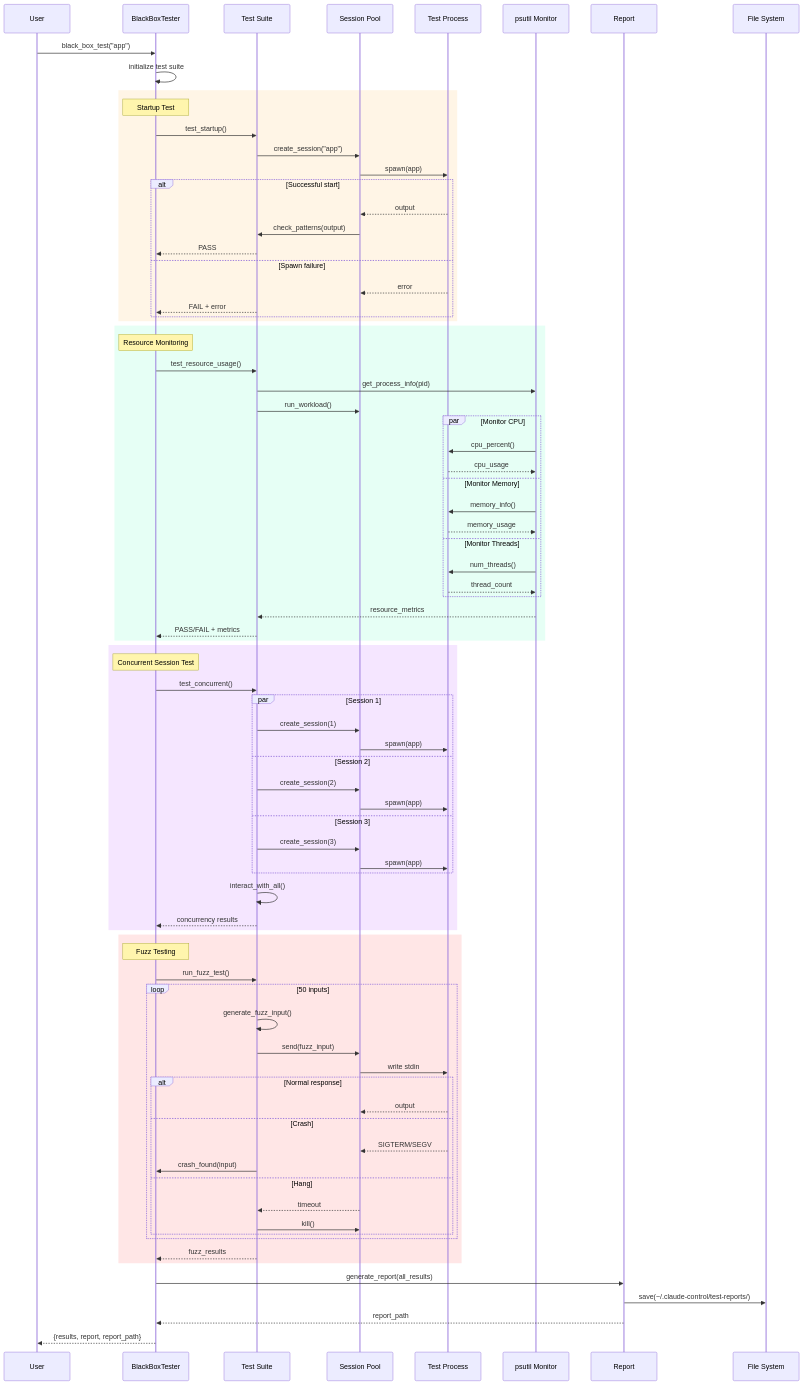
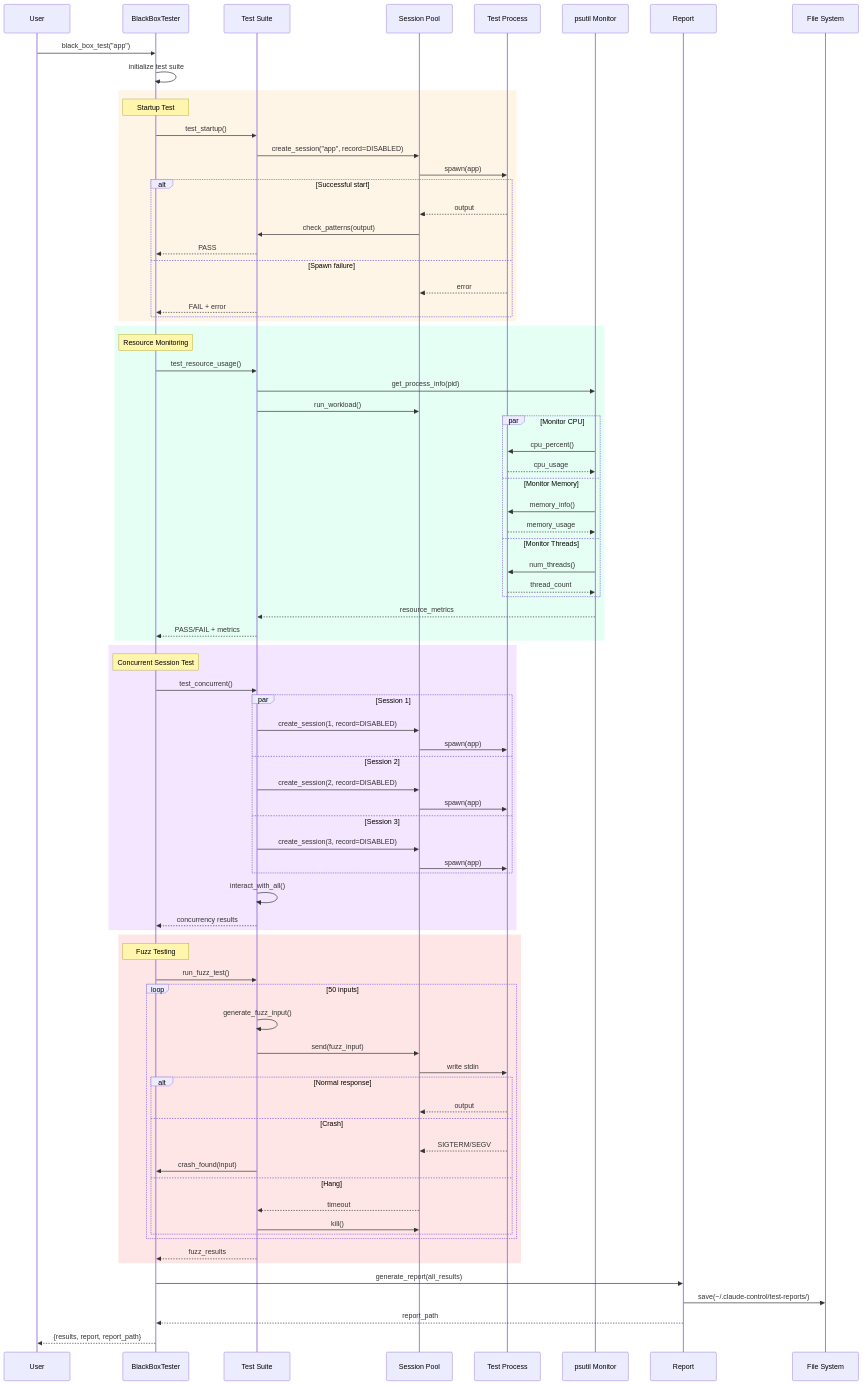
The eighth of 12 diagrams in sequence_diagrams.md (jimmc414/claude_control), drawn with Mermaid before and after one commit. The commit also changed other lines of this file, not shown here.

Commit message:
Update sequence diagrams for record and replay

```diff
--- a/sequence_diagrams.md
+++ b/sequence_diagrams.md
@@ -173,13 +392,13 @@
 
     User->>BBT: black_box_test("app")
     BBT->>BBT: initialize test suite
-    
+
     rect rgb(255, 245, 230)
         Note over BBT: Startup Test
         BBT->>Test: test_startup()
-        Test->>Session: create_session("app")
+        Test->>Session: create_session("app", record=DISABLED)
         Session->>Process: spawn(app)
-        
+
         alt Successful start
             Process-->>Session: output
             Session->>Test: check_patterns(output)
@@ -195,7 +414,7 @@
         BBT->>Test: test_resource_usage()
         Test->>Monitor: get_process_info(pid)
         Test->>Session: run_workload()
-        
+
         par Monitor CPU
             Monitor->>Process: cpu_percent()
             Process-->>Monitor: cpu_usage
@@ -206,7 +425,7 @@
             Monitor->>Process: num_threads()
             Process-->>Monitor: thread_count
         end
-        
+
         Monitor-->>Test: resource_metrics
         Test-->>BBT: PASS/FAIL + metrics
     end
@@ -214,18 +433,18 @@
     rect rgb(245, 230, 255)
         Note over BBT: Concurrent Session Test
         BBT->>Test: test_concurrent()
-        
+
         par Session 1
-            Test->>Session: create_session(1)
+            Test->>Session: create_session(1, record=DISABLED)
             Session->>Process: spawn(app)
         and Session 2
-            Test->>Session: create_session(2)
+            Test->>Session: create_session(2, record=DISABLED)
             Session->>Process: spawn(app)
         and Session 3
-            Test->>Session: create_session(3)
+            Test->>Session: create_session(3, record=DISABLED)
             Session->>Process: spawn(app)
         end
-        
+
         Test->>Test: interact_with_all()
         Test-->>BBT: concurrency results
     end
@@ -233,12 +452,12 @@
     rect rgb(255, 230, 230)
         Note over BBT: Fuzz Testing
         BBT->>Test: run_fuzz_test()
-        
+
         loop 50 inputs
             Test->>Test: generate_fuzz_input()
             Test->>Session: send(fuzz_input)
             Session->>Process: write stdin
-            
+
             alt Normal response
                 Process-->>Session: output
             else Crash
@@ -249,7 +468,7 @@
                 Test->>Session: kill()
             end
         end
-        
+
         Test-->>BBT: fuzz_results
     end
 
```
